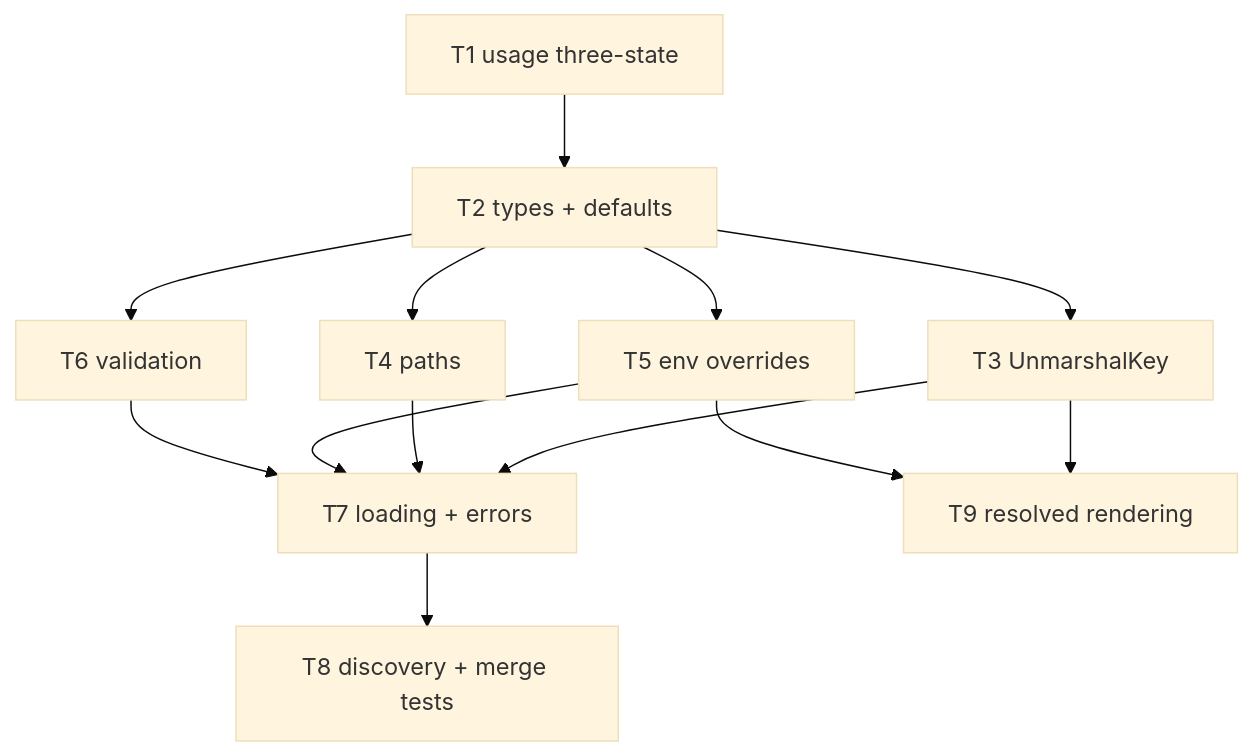
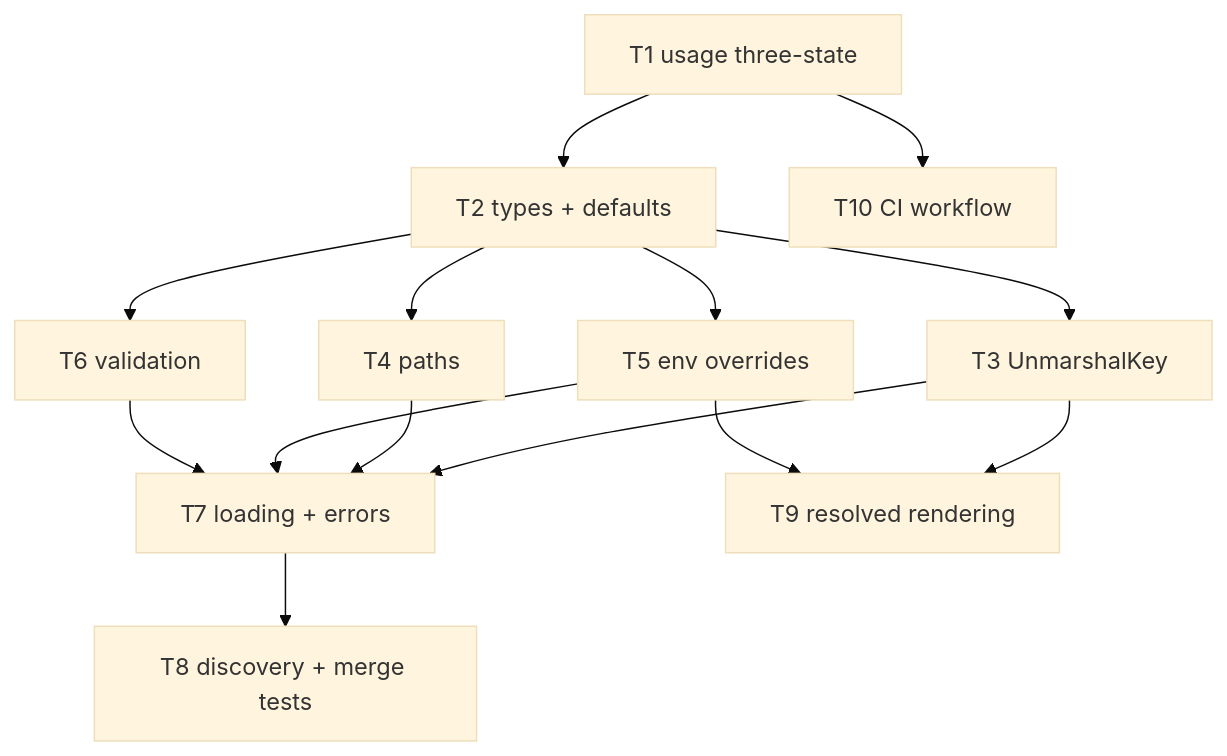
One commit to WD-Mitchell/which-model changed the diagram in specs/features/F01-config/TASKS.md. Above: the diagram before and after it, drawn with Mermaid (base theme). The commit also changed other lines of this file and 4 other files, not shown here.

````diff
--- a/specs/features/F01-config/TASKS.md
+++ b/specs/features/F01-config/TASKS.md
@@ -13,15 +13,16 @@
 ```mermaid
 graph TD
   T1[T1 usage three-state] --> T2[T2 types + defaults]
   T2 --> T3[T3 UnmarshalKey]
   T2 --> T4[T4 paths]
   T2 --> T5[T5 env overrides]
   T2 --> T6[T6 validation]
   T3 --> T7[T7 loading + errors]
   T4 --> T7
   T5 --> T7
   T6 --> T7
   T3 --> T9[T9 resolved rendering]
   T5 --> T9
   T7 --> T8[T8 discovery + merge tests]
+  T1 --> T10[T10 CI workflow]
 ```
````
